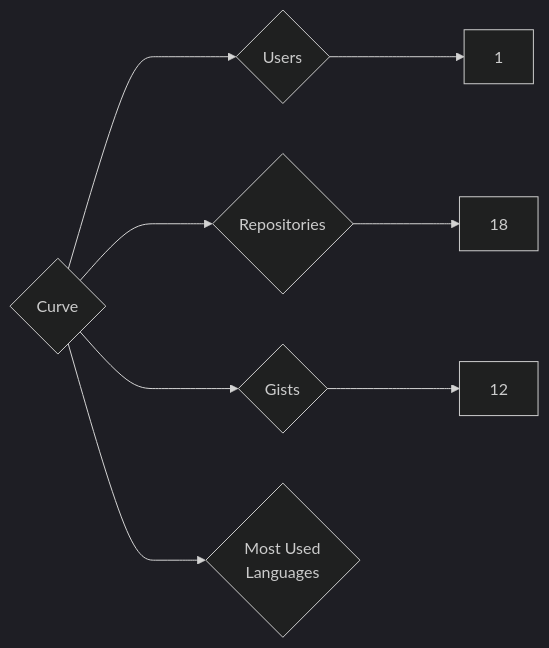
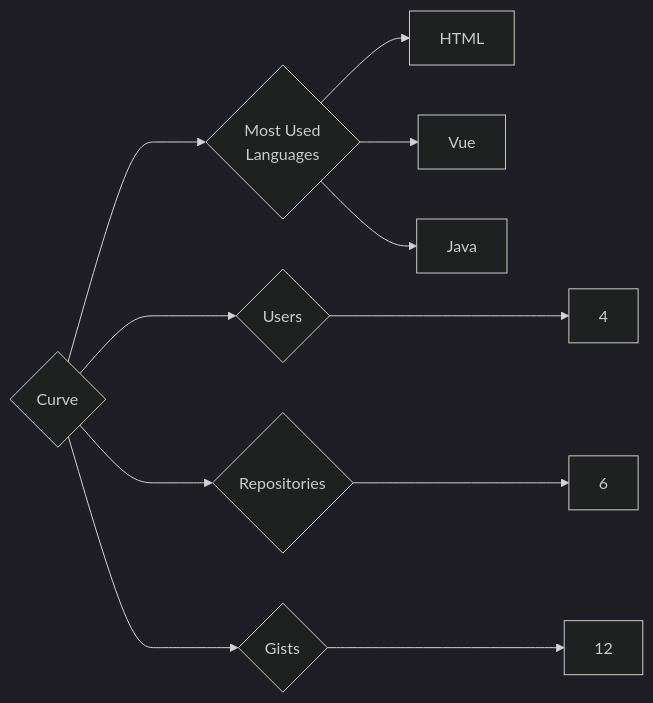
The diagram in targets/Curve/README.md (trickest/insiders), drawn with Mermaid (dark theme) before and after one commit. The commit also changed 840 other files, not shown here.

````diff
--- a/targets/Curve/README.md
+++ b/targets/Curve/README.md
@@ -3,8 +3,11 @@
 ```mermaid
 graph LR
 COMPANY_NAME{Curve}
-COMPANY_NAME ---> U{Users} ---> UN[1]
-COMPANY_NAME ---> R{Repositories} ---> RN[18]
+COMPANY_NAME ---> U{Users} ---> UN[4]
+COMPANY_NAME ---> R{Repositories} ---> RN[6]
 COMPANY_NAME ---> G{Gists} ---> GN[12]
 COMPANY_NAME ---> ML{Most Used<br>Languages}
+ML --> HTML[HTML]
+ML --> Vue[Vue]
+ML --> Java[Java]
 ```
````
